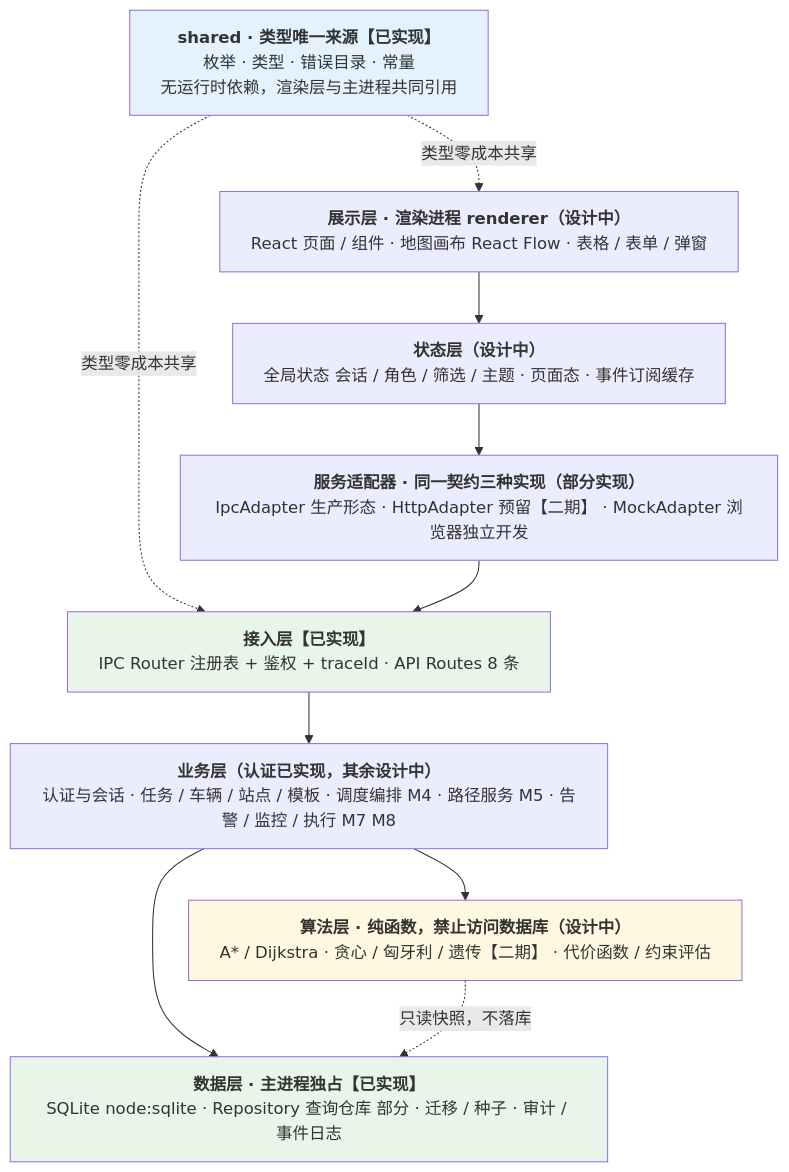
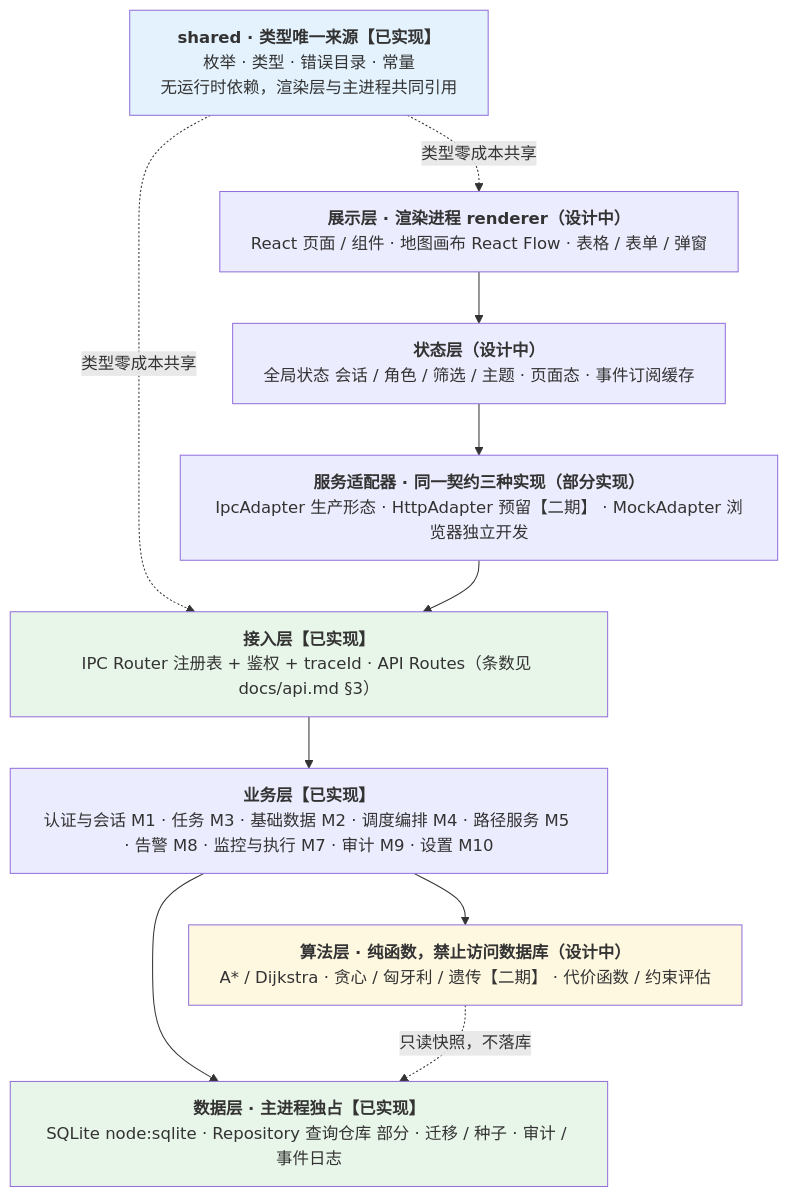
Before and after one commit to sunstflower/831: the first of 23 diagrams in docs/architecture.md, drawn with Mermaid. The commit also changed other lines of this file and 110 other files, not shown here.

````diff
--- a/docs/architecture.md
+++ b/docs/architecture.md
@@ -71,28 +71,28 @@
 ```mermaid
 ---
 config:
   flowchart:
     wrappingWidth: 520
 ---
 flowchart TB
   SH["<b>shared · 类型唯一来源【已实现】</b><br/>枚举 · 类型 · 错误目录 · 常量<br/>无运行时依赖，渲染层与主进程共同引用"]
   UI["<b>展示层 · 渲染进程 renderer（设计中）</b><br/>React 页面 / 组件 · 地图画布 React Flow · 表格 / 表单 / 弹窗"]
   ST["<b>状态层（设计中）</b><br/>全局状态 会话 / 角色 / 筛选 / 主题 · 页面态 · 事件订阅缓存"]
   ADP["<b>服务适配器 · 同一契约三种实现（部分实现）</b><br/>IpcAdapter 生产形态 · HttpAdapter 预留【二期】 · MockAdapter 浏览器独立开发"]
-  GW["<b>接入层【已实现】</b><br/>IPC Router 注册表 + 鉴权 + traceId · API Routes 8 条"]
-  BIZ["<b>业务层（认证已实现，其余设计中）</b><br/>认证与会话 · 任务 / 车辆 / 站点 / 模板 · 调度编排 M4 · 路径服务 M5 · 告警 / 监控 / 执行 M7 M8"]
+  GW["<b>接入层【已实现】</b><br/>IPC Router 注册表 + 鉴权 + traceId · API Routes（条数见 docs/api.md §3）"]
+  BIZ["<b>业务层【已实现】</b><br/>认证与会话 M1 · 任务 M3 · 基础数据 M2 · 调度编排 M4 · 路径服务 M5 · 告警 M8 · 监控与执行 M7 · 审计 M9 · 设置 M10"]
   ALG["<b>算法层 · 纯函数，禁止访问数据库（设计中）</b><br/>A* / Dijkstra · 贪心 / 匈牙利 / 遗传【二期】 · 代价函数 / 约束评估"]
   DATA["<b>数据层 · 主进程独占【已实现】</b><br/>SQLite node:sqlite · Repository 查询仓库 部分 · 迁移 / 种子 · 审计 / 事件日志"]
 
   SH -. 类型零成本共享 .-> UI
   SH -. 类型零成本共享 .-> GW
   UI --> ST --> ADP --> GW --> BIZ
   BIZ --> ALG
   BIZ --> DATA
   ALG -. 只读快照，不落库 .-> DATA
 
   style SH fill:#e3f2fd
   style GW fill:#e8f5e9
   style DATA fill:#e8f5e9
   style ALG fill:#fff8e1
 ```
````
